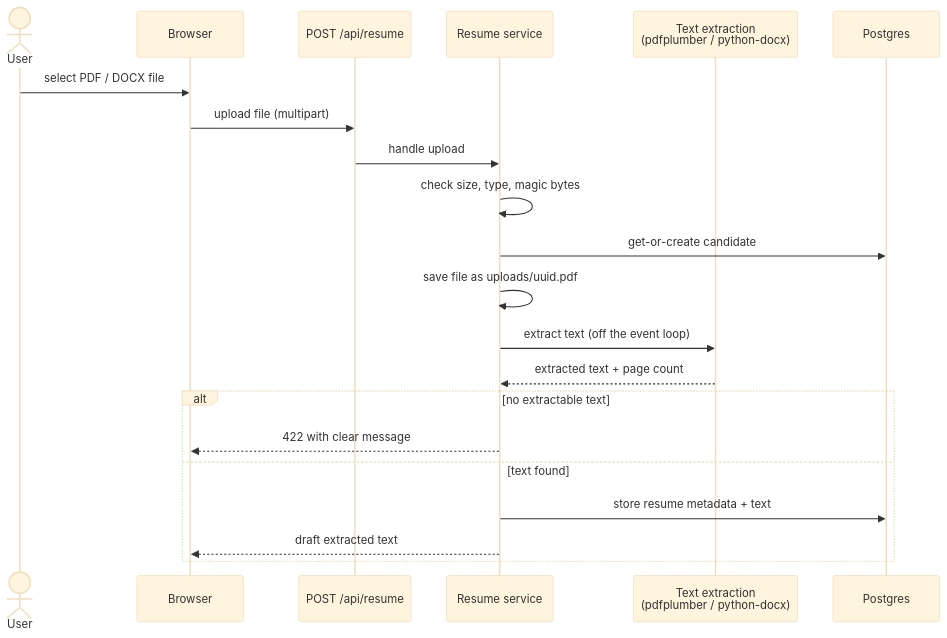
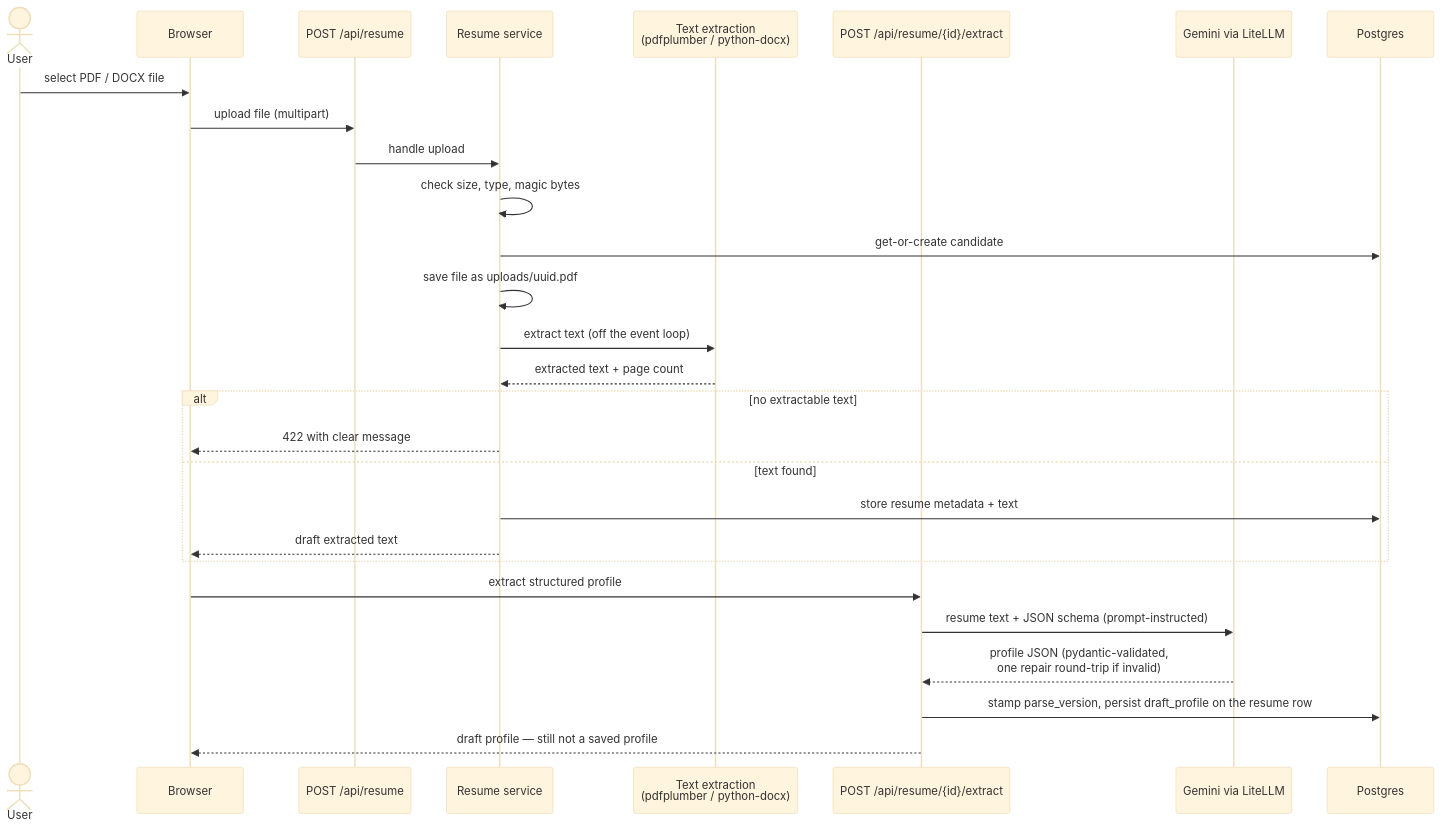
The second of 2 diagrams in docs/guide/02-upload-and-profile.md (MSVhora/ai_job_assistant), drawn with Mermaid (base theme) before and after one commit. The commit also changed other lines of this file and 23 other files, not shown here.

First line of the commit message:
Add LLM structured profile extraction with draft persistence

````diff
--- a/docs/guide/02-upload-and-profile.md
+++ b/docs/guide/02-upload-and-profile.md
@@ -40,24 +41,31 @@
 ```mermaid
 sequenceDiagram
     actor U as User
     participant B as Browser
     participant R as POST /api/resume
     participant S as Resume service
     participant X as Text extraction<br/>(pdfplumber / python-docx)
+    participant E as POST /api/resume/{id}/extract
+    participant L as Gemini via LiteLLM
     participant D as Postgres
 
     U->>B: select PDF / DOCX file
     B->>R: upload file (multipart)
     R->>S: handle upload
     S->>S: check size, type, magic bytes
     S->>D: get-or-create candidate
     S->>S: save file as uploads/uuid.pdf
     S->>X: extract text (off the event loop)
     X-->>S: extracted text + page count
     alt no extractable text
         S-->>B: 422 with clear message
     else text found
         S->>D: store resume metadata + text
         S-->>B: draft extracted text
     end
+    B->>E: extract structured profile
+    E->>L: resume text + JSON schema (prompt-instructed)
+    L-->>E: profile JSON (pydantic-validated,<br/>one repair round-trip if invalid)
+    E->>D: stamp parse_version, persist draft_profile on the resume row
+    E-->>B: draft profile — still not a saved profile
 ```
````
